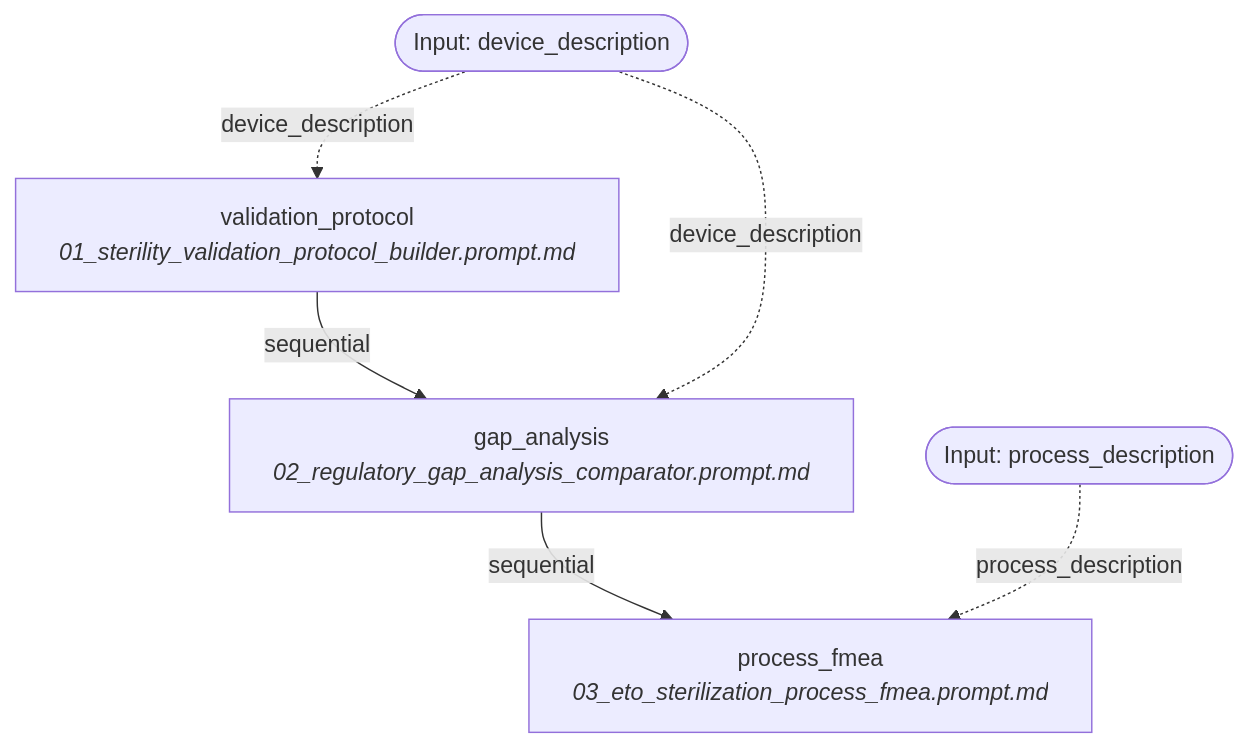
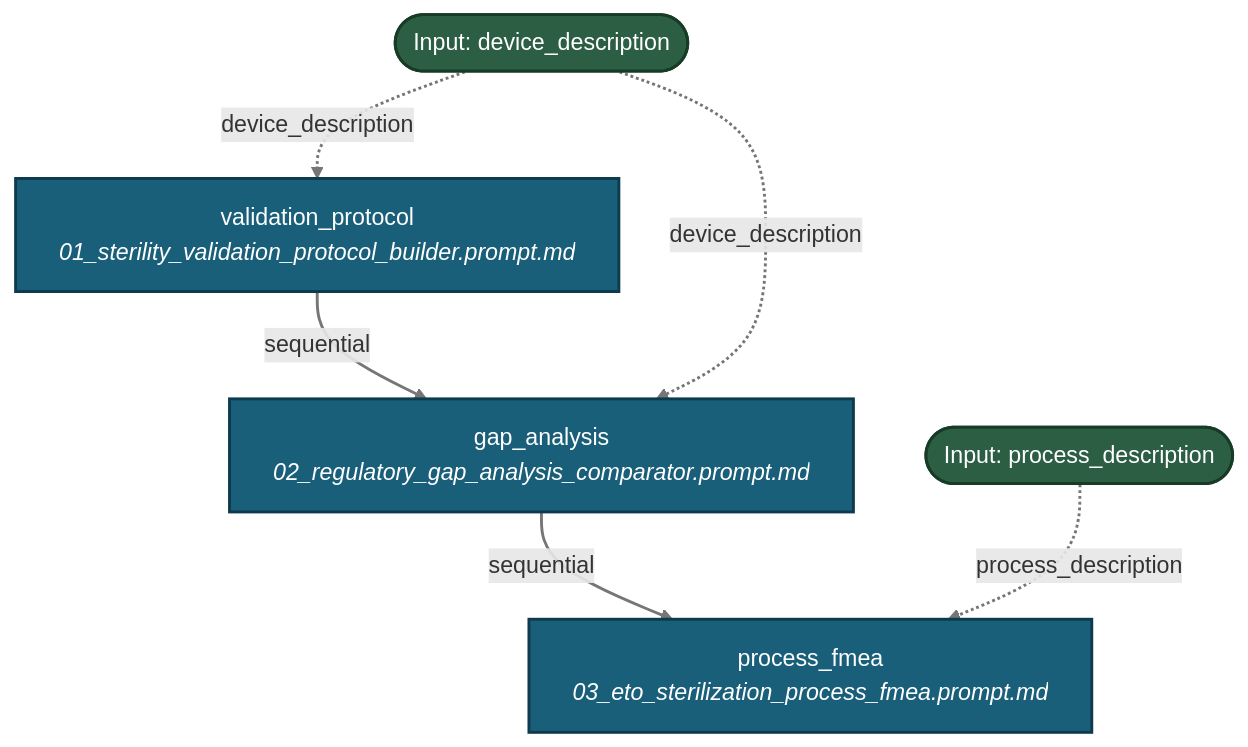
One commit to fderuiter/proompts changed the diagram in docs/workflows/sterility.md. Above: the diagram before and after it, drawn with Mermaid. The commit also changed 267 other files, not shown here.

````diff
--- a/docs/workflows/sterility.md
+++ b/docs/workflows/sterility.md
@@ -11,13 +11,16 @@
 ```mermaid
 graph TD
-    INPUT_device_description([Input: device_description])
-    INPUT_process_description([Input: process_description])
-    validation_protocol[validation_protocol<br><i>01_sterility_validation_protocol_builder.prompt.md</i>]
+    classDef stepNode fill:#1a5f7a,stroke:#0d3a4d,stroke-width:2px,color:#ffffff;
+    classDef inputNode fill:#2c5e43,stroke:#183b27,stroke-width:2px,color:#ffffff;
+    INPUT_device_description([Input: device_description]):::inputNode
+    INPUT_process_description([Input: process_description]):::inputNode
+    validation_protocol[validation_protocol<br><i>01_sterility_validation_protocol_builder.prompt.md</i>]:::stepNode
     INPUT_device_description -. device_description .-> validation_protocol
     validation_protocol -->|sequential| gap_analysis
-    gap_analysis[gap_analysis<br><i>02_regulatory_gap_analysis_comparator.prompt.md</i>]
+    gap_analysis[gap_analysis<br><i>02_regulatory_gap_analysis_comparator.prompt.md</i>]:::stepNode
     INPUT_device_description -. device_description .-> gap_analysis
     gap_analysis -->|sequential| process_fmea
-    process_fmea[process_fmea<br><i>03_eto_sterilization_process_fmea.prompt.md</i>]
+    process_fmea[process_fmea<br><i>03_eto_sterilization_process_fmea.prompt.md</i>]:::stepNode
     INPUT_process_description -. process_description .-> process_fmea
+    linkStyle default stroke:#767676,stroke-width:2px;
 ```
````
